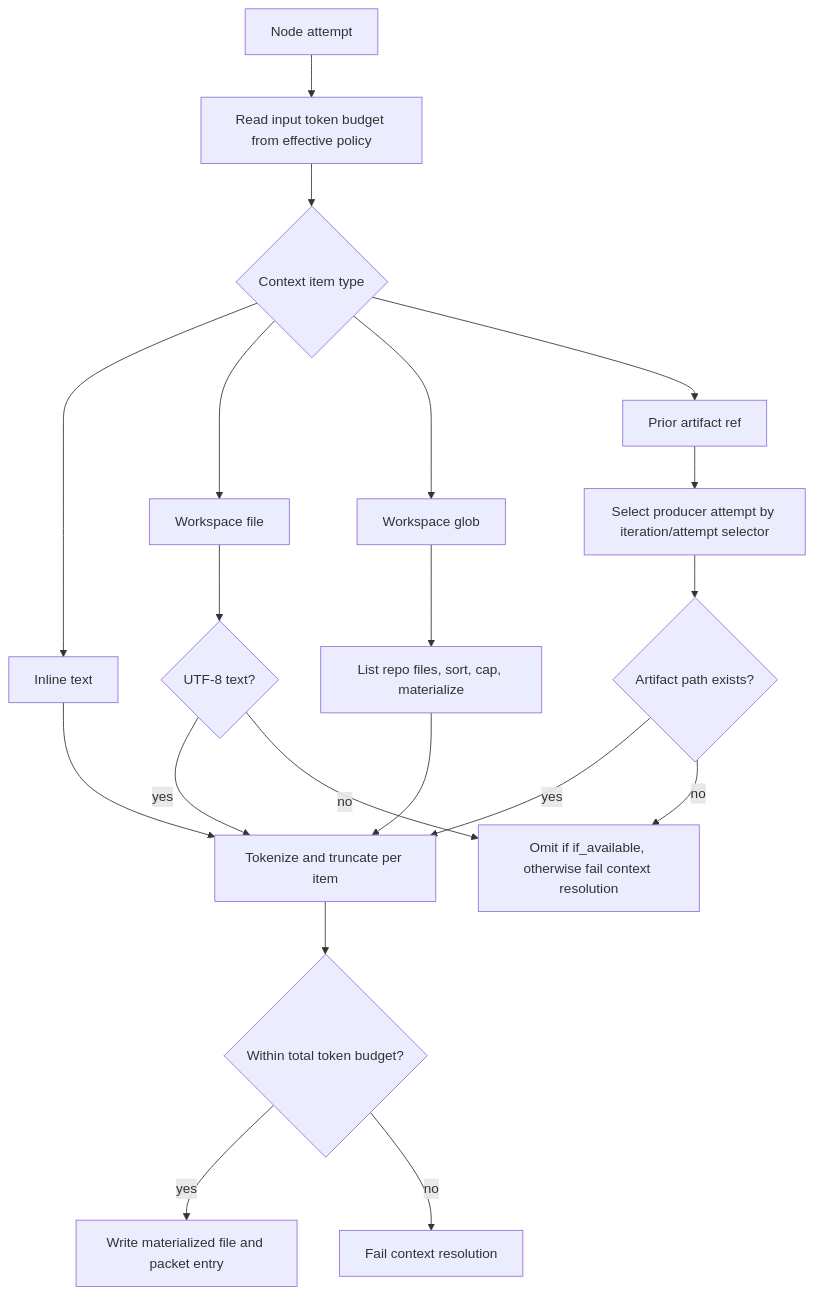
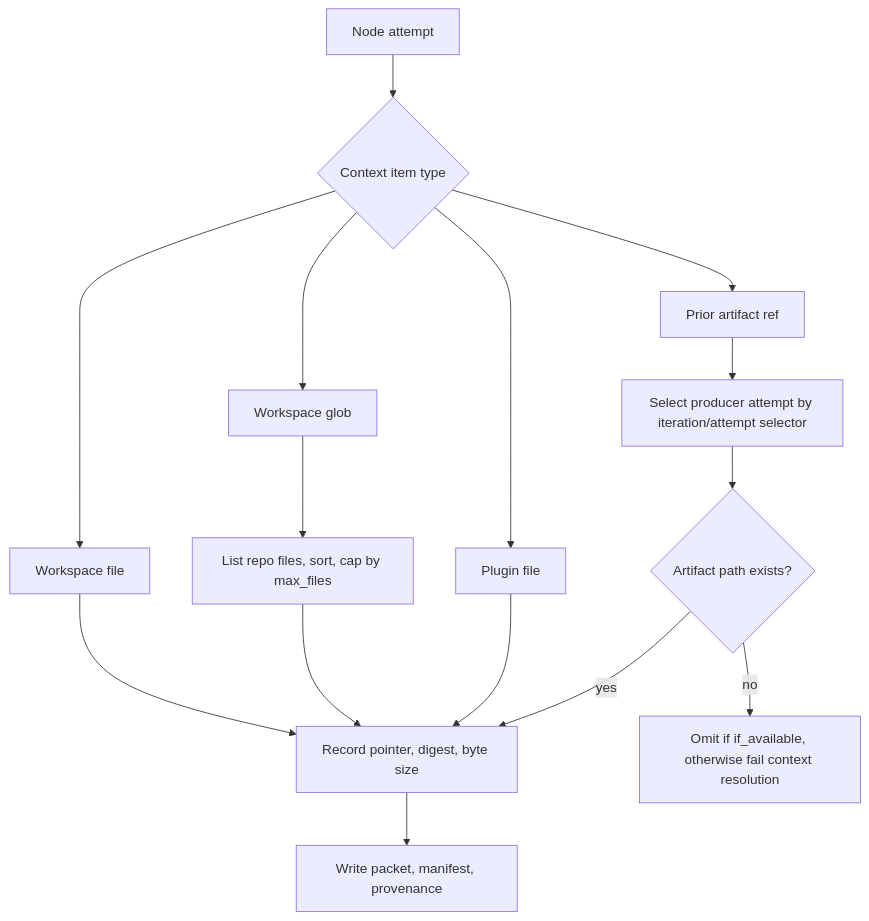
Before and after one commit to koji98/agentflow: the third of 3 diagrams in docs/technical/context-and-artifacts.md, drawn with Mermaid. The commit also changed other lines of this file and 228 other files, not shown here.

````diff
--- a/docs/technical/context-and-artifacts.md
+++ b/docs/technical/context-and-artifacts.md
@@ -56,22 +60,17 @@
 ```mermaid
 flowchart TD
-  start["Node attempt"] --> budget["Read input token budget from effective policy"]
-  budget --> item{"Context item type"}
-  item --> text["Inline text"]
+  start["Node attempt"] --> item{"Context item type"}
   item --> file["Workspace file"]
   item --> glob["Workspace glob"]
+  item --> plugin["Plugin file"]
   item --> ref["Prior artifact ref"]
-  text --> tokens["Tokenize and truncate per item"]
-  file --> utf8{"UTF-8 text?"}
-  glob --> sort["List repo files, sort, cap, materialize"]
+  glob --> sort["List repo files, sort, cap by max_files"]
   ref --> attempts["Select producer attempt by iteration/attempt selector"]
   attempts --> artifact{"Artifact path exists?"}
-  artifact -- yes --> tokens
+  artifact -- yes --> pointer["Record pointer, digest, byte size"]
   artifact -- no --> omit["Omit if if_available, otherwise fail context resolution"]
-  utf8 -- yes --> tokens
-  utf8 -- no --> omit
-  sort --> tokens
-  tokens --> total{"Within total token budget?"}
-  total -- yes --> write["Write materialized file and packet entry"]
-  total -- no --> fail["Fail context resolution"]
+  file --> pointer
+  plugin --> pointer
+  sort --> pointer
+  pointer --> write["Write packet, manifest, provenance"]
 ```
````
